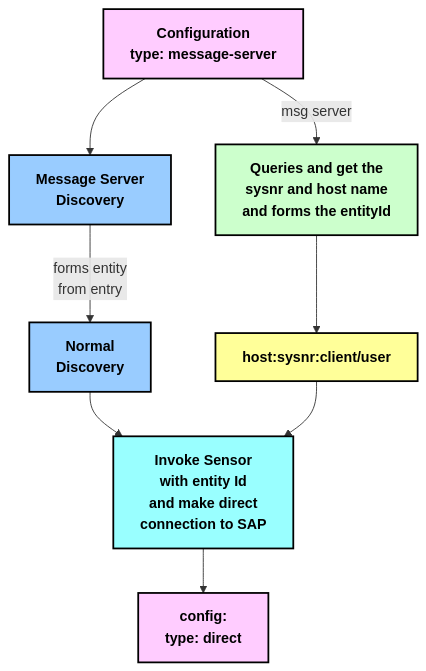
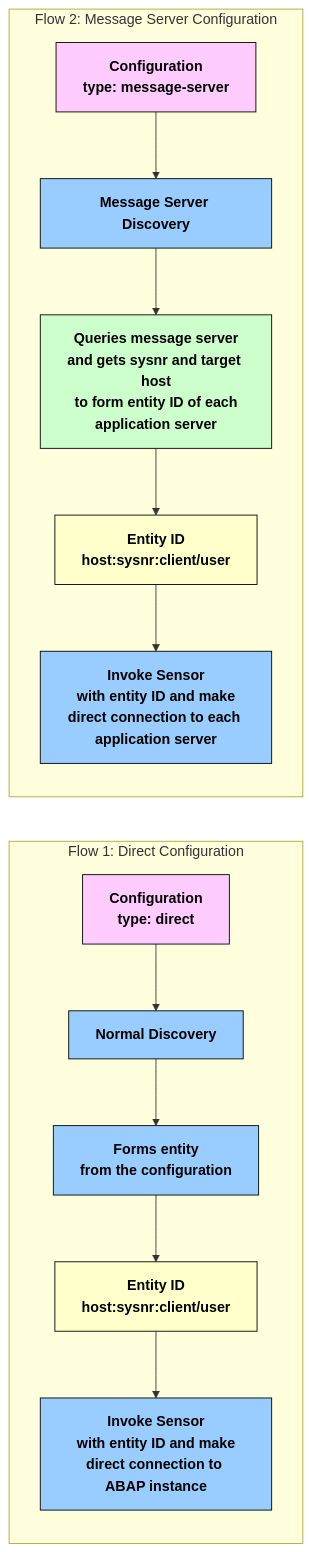
The diagram in test.md (chinmayi714/crud), drawn with Mermaid before and after one commit.

````diff
--- a/test.md
+++ b/test.md
@@ -3,33 +3,42 @@
 ```mermaid
-flowchart TD
-    config["Configuration<br/>type: message-server"]
-    msgDiscovery["Message Server<br/>Discovery"]
-    normalDiscovery["Normal<br/>Discovery"]
-    queries["Queries and get the<br/>sysnr and host name<br/>and forms the entityId"]
-    entityId["host:sysnr:client/user"]
-    sensor["Invoke Sensor<br/>with entity Id<br/>and make direct<br/>connection to SAP"]
-    directConfig["config:<br/>type: direct"]
-    
-    config --> msgDiscovery
-    config -->|msg server| queries
-    msgDiscovery -->|forms entity<br/>from entry| normalDiscovery
-    queries --> entityId
-    normalDiscovery --> sensor
-    entityId --> sensor
-    sensor --> directConfig
-    
-    %% Custom styles for better visibility
-    classDef pink fill:#ffccff,stroke:#000000,stroke-width:2px,color:#000,font-weight:bold;
-    classDef blue fill:#99ccff,stroke:#000000,stroke-width:2px,color:#000,font-weight:bold;
-    classDef green fill:#ccffcc,stroke:#000000,stroke-width:2px,color:#000,font-weight:bold;
-    classDef yellow fill:#ffff99,stroke:#000000,stroke-width:2px,color:#000,font-weight:bold;
-    classDef cyan fill:#99ffff,stroke:#000000,stroke-width:2px,color:#000,font-weight:bold;
-    
-    %% Assign classes
-    class config,directConfig pink
-    class msgDiscovery,normalDiscovery blue
-    class queries green
-    class entityId yellow
-    class sensor cyan
+flowchart LR
+    subgraph Flow1["Flow 1: Direct Configuration"]
+        f1_config["Configuration<br/>type: direct"]
+        f1_discovery["Normal Discovery"]
+        f1_entityForm["Forms entity<br/>from the configuration"]
+        f1_entityId["Entity ID<br/>host:sysnr:client/user"]
+        f1_sensor["Invoke Sensor<br/>with entity ID and make<br/>direct connection to ABAP instance"]
+
+        f1_config --> f1_discovery
+        f1_discovery --> f1_entityForm
+        f1_entityForm --> f1_entityId
+        f1_entityId --> f1_sensor
+    end
+
+    subgraph Flow2["Flow 2: Message Server Configuration"]
+        f2_config["Configuration<br/>type: message-server"]
+        f2_msgDiscovery["Message Server Discovery"]
+        f2_queries["Queries message server<br/>and gets sysnr and target host<br/>to form entity ID of each<br/>application server"]
+        f2_entityId["Entity ID<br/>host:sysnr:client/user"]
+        f2_sensor["Invoke Sensor<br/>with entity ID and make<br/>direct connection to each application server"]
+
+        f2_config --> f2_msgDiscovery
+        f2_msgDiscovery --> f2_queries
+        f2_queries --> f2_entityId
+        f2_entityId --> f2_sensor
+    end
+
+    %% Custom Styles
+    classDef pink fill:#ffccff,stroke:#000,color:#000,font-weight:bold;
+    classDef blue fill:#99ccff,stroke:#000,color:#000,font-weight:bold;
+    classDef green fill:#ccffcc,stroke:#000,color:#000,font-weight:bold;
+    classDef yellow fill:#ffffcc,stroke:#000,color:#000,font-weight:bold;
+
+    %% Assign styles
+    class f1_config,f2_config pink
+    class f1_discovery,f1_entityForm,f1_sensor,f2_msgDiscovery,f2_sensor blue
+    class f2_queries green
+    class f1_entityId,f2_entityId yellow
+
 
 ```
````
